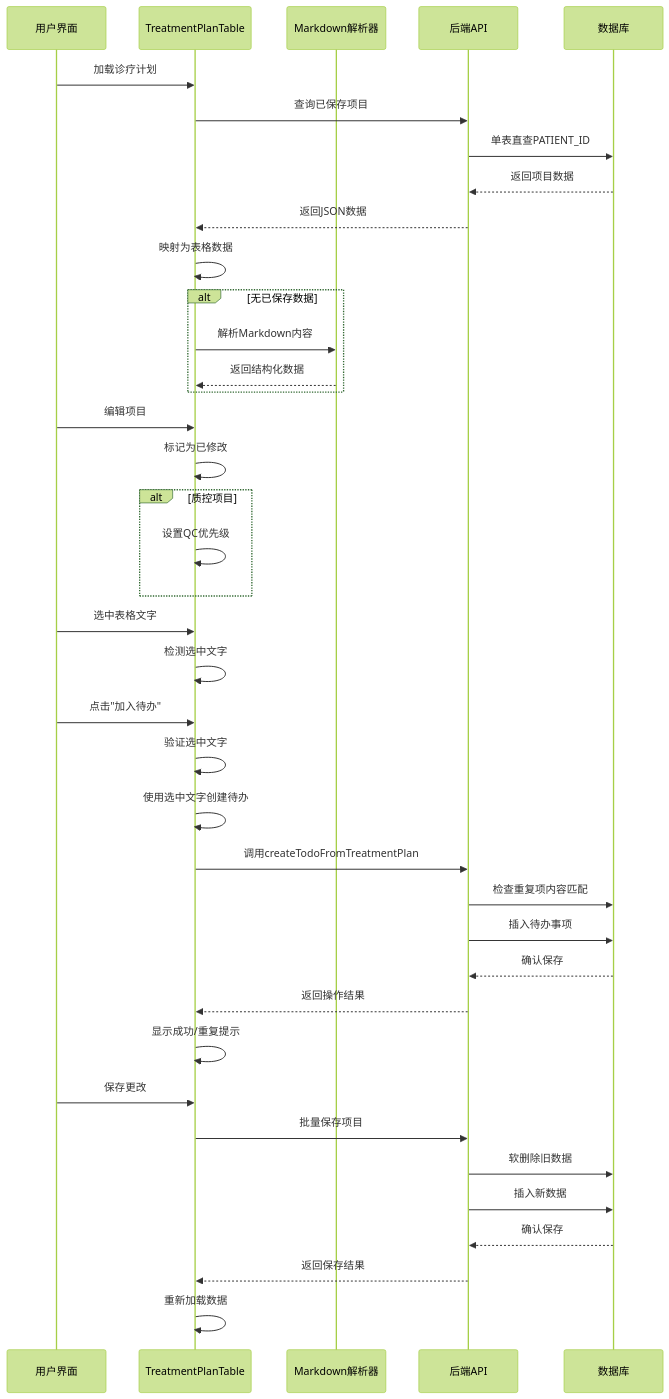
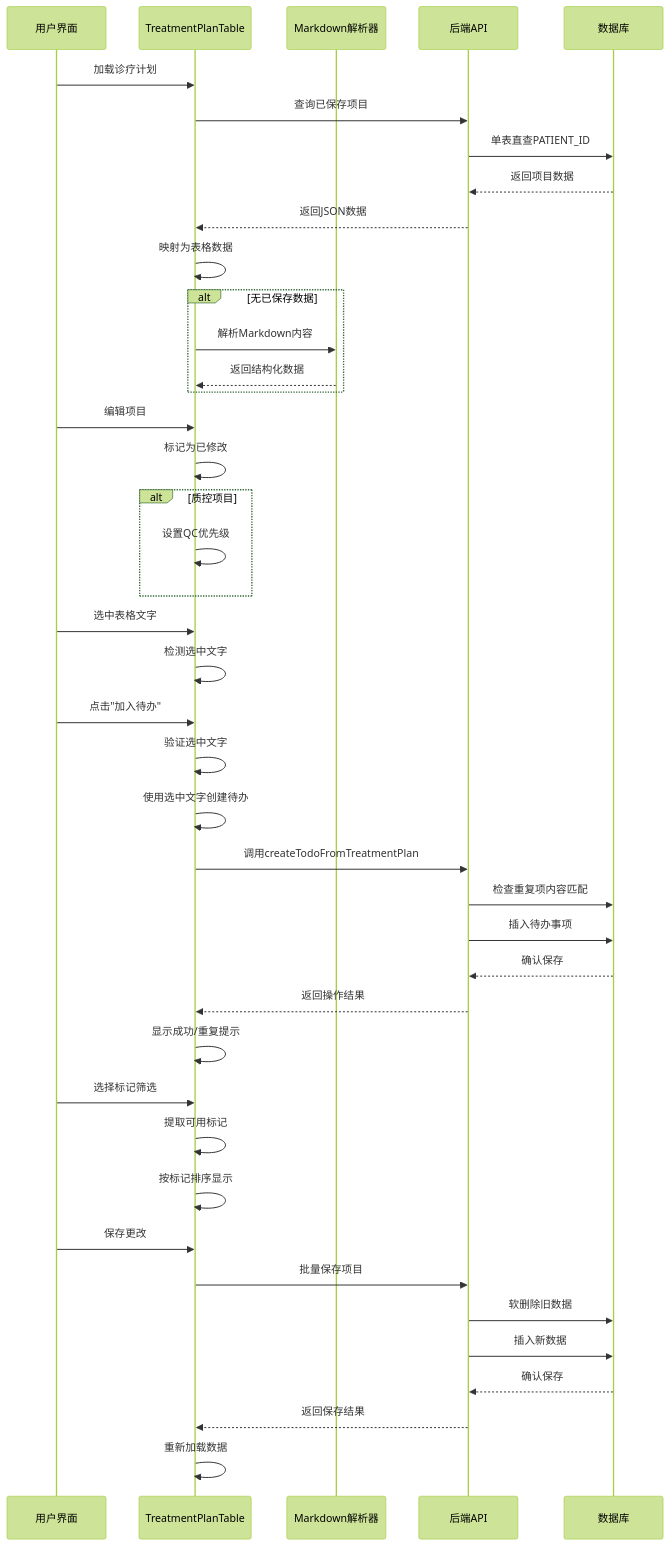
The second of 7 diagrams in .qoder/repowiki/zh/content/核心功能模块/治疗计划表格功能增强.md (liuzh2008/med_ai_assistant_workspace), drawn with Mermaid (forest theme) before and after one commit. The commit also changed other lines of this file and 4 other files, not shown here.

````diff
--- a/.qoder/repowiki/zh/content/核心功能模块/治疗计划表格功能增强.md
+++ b/.qoder/repowiki/zh/content/核心功能模块/治疗计划表格功能增强.md
@@ -211,41 +228,44 @@
 ```mermaid
 sequenceDiagram
 participant UI as 用户界面
 participant TP as TreatmentPlanTable
 participant Parser as Markdown解析器
 participant API as 后端API
 participant DB as 数据库
 UI->>TP : 加载诊疗计划
 TP->>API : 查询已保存项目
 API->>DB : 单表直查PATIENT_ID
 DB-->>API : 返回项目数据
 API-->>TP : 返回JSON数据
 TP->>TP : 映射为表格数据
 alt 无已保存数据
 TP->>Parser : 解析Markdown内容
 Parser-->>TP : 返回结构化数据
 end
 UI->>TP : 编辑项目
 TP->>TP : 标记为已修改
 alt 质控项目
 TP->>TP : 设置QC优先级
 end
 UI->>TP : 选中表格文字
 TP->>TP : 检测选中文字
 UI->>TP : 点击"加入待办"
 TP->>TP : 验证选中文字
 TP->>TP : 使用选中文字创建待办
 TP->>API : 调用createTodoFromTreatmentPlan
 API->>DB : 检查重复项内容匹配
 API->>DB : 插入待办事项
 DB-->>API : 确认保存
 API-->>TP : 返回操作结果
 TP->>TP : 显示成功/重复提示
+UI->>TP : 选择标记筛选
+TP->>TP : 提取可用标记
+TP->>TP : 按标记排序显示
 UI->>TP : 保存更改
 TP->>API : 批量保存项目
 API->>DB : 软删除旧数据
 API->>DB : 插入新数据
 DB-->>API : 确认保存
 API-->>TP : 返回保存结果
 TP->>TP : 重新加载数据
 ```
````
